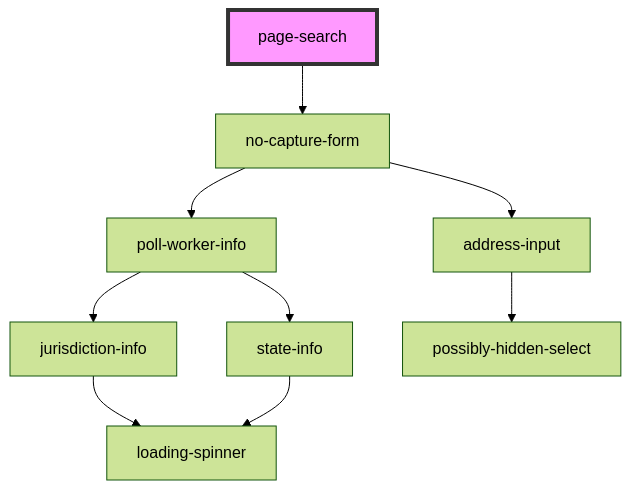
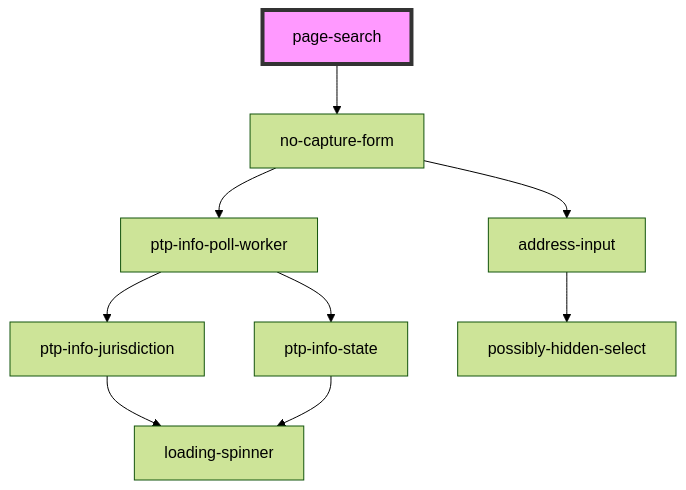
Before and after one commit to pizza-to-the-polls/power-the-polls: the diagram in site/src/components/page-search/readme.md, drawn with Mermaid (forest theme). The commit also changed 28 other files, not shown here.

Commit message:
refactoring to try to consolidate things around state and jurisdiction info

````diff
--- a/site/src/components/page-search/readme.md
+++ b/site/src/components/page-search/readme.md
@@ -15,12 +15,12 @@
 ```mermaid
 graph TD;
   page-search --> no-capture-form
-  no-capture-form --> poll-worker-info
+  no-capture-form --> ptp-info-poll-worker
   no-capture-form --> address-input
-  poll-worker-info --> jurisdiction-info
-  poll-worker-info --> state-info
-  jurisdiction-info --> loading-spinner
-  state-info --> loading-spinner
+  ptp-info-poll-worker --> ptp-info-jurisdiction
+  ptp-info-poll-worker --> ptp-info-state
+  ptp-info-jurisdiction --> loading-spinner
+  ptp-info-state --> loading-spinner
   address-input --> possibly-hidden-select
   style page-search fill:#f9f,stroke:#333,stroke-width:4px
 ```
````
